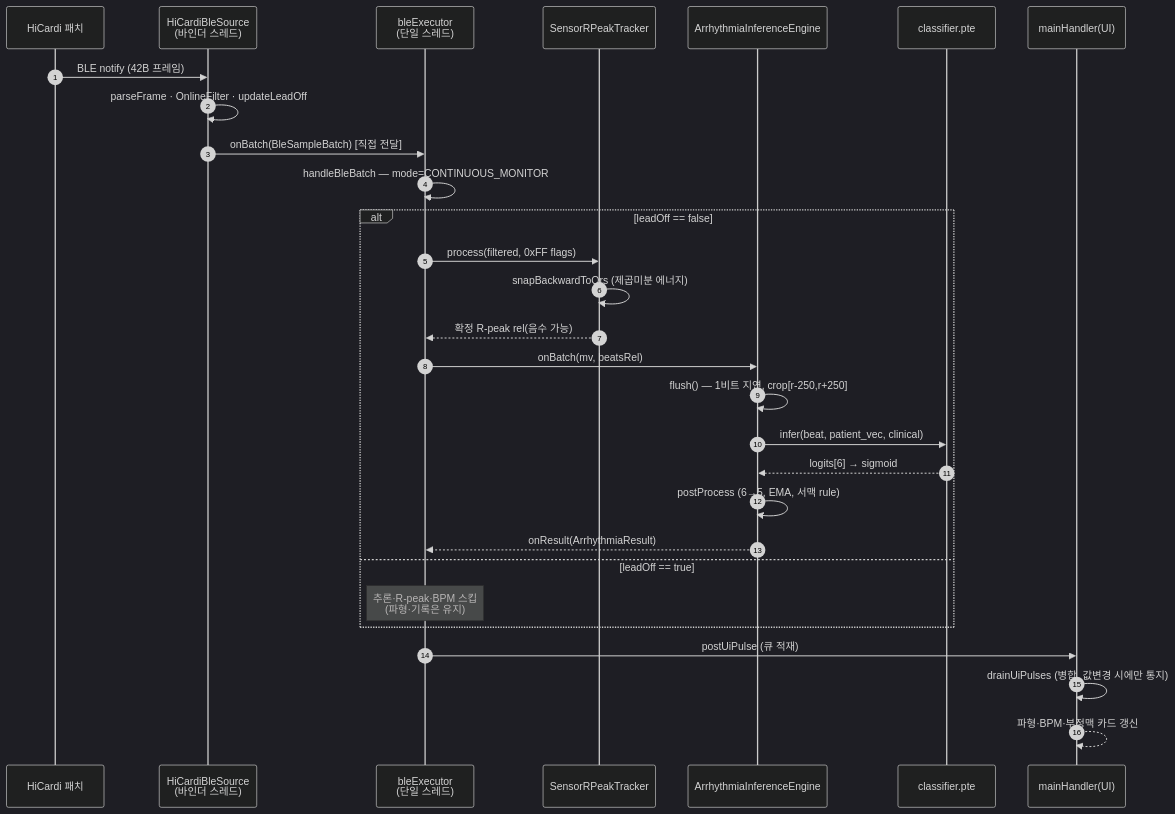
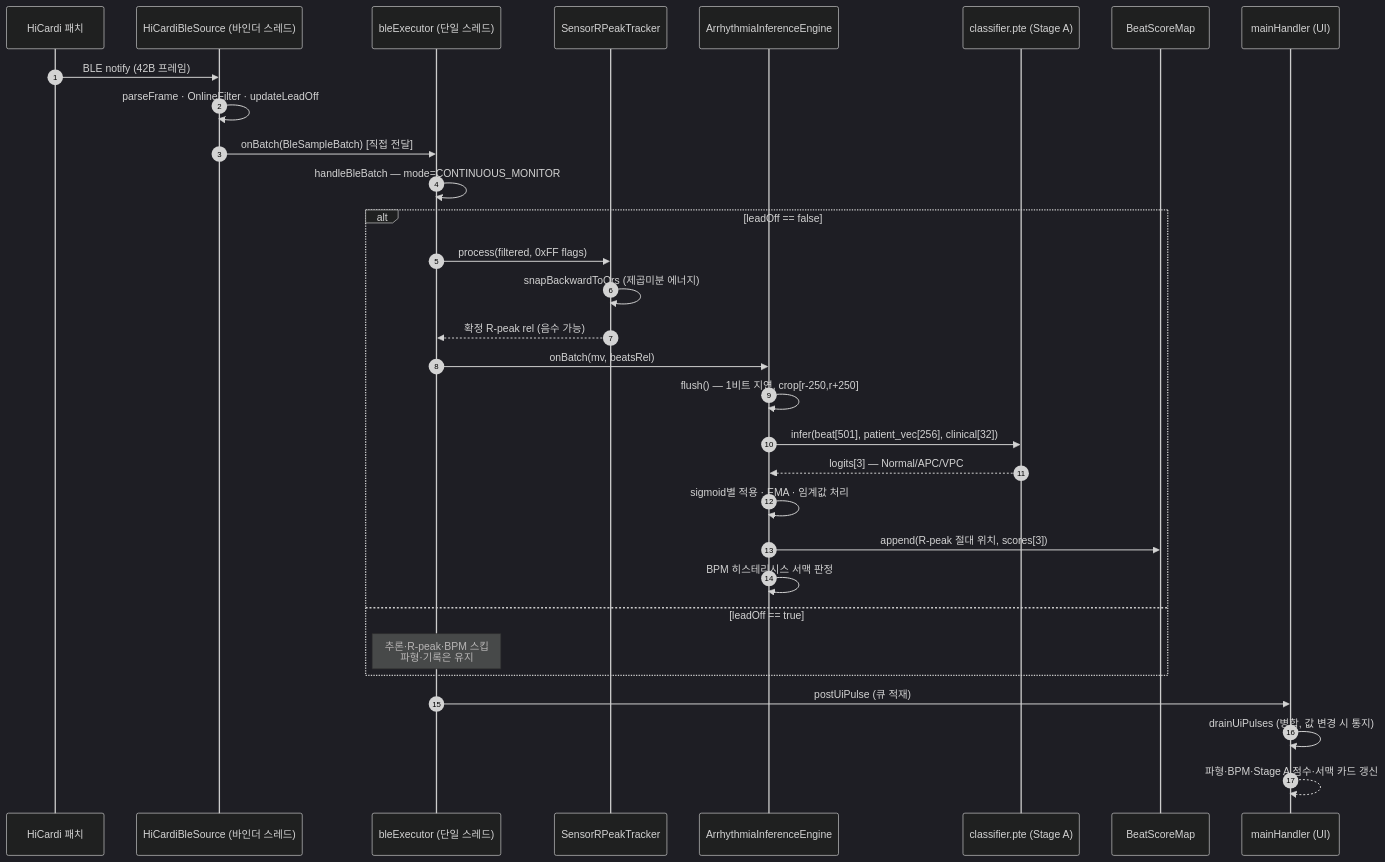
One commit to h4xryu/ECG-Realtime-monitor changed the sixth of 12 diagrams in docs/DESIGN_SPEC.md. Above: the diagram before and after it, drawn with Mermaid (dark theme). The commit also changed other lines of this file, not shown here.

````diff
--- a/docs/DESIGN_SPEC.md
+++ b/docs/DESIGN_SPEC.md
@@ -325,32 +517,34 @@
 ```mermaid
 sequenceDiagram
   autonumber
   participant S as HiCardi 패치
-  participant BLE as HiCardiBleSource<br/>(바인더 스레드)
-  participant EX as bleExecutor<br/>(단일 스레드)
+  participant BLE as HiCardiBleSource (바인더 스레드)
+  participant EX as bleExecutor (단일 스레드)
   participant RPT as SensorRPeakTracker
   participant AIE as ArrhythmiaInferenceEngine
-  participant CLS as classifier.pte
-  participant M as mainHandler(UI)
+  participant CLS as classifier.pte (Stage A)
+  participant BSM as BeatScoreMap
+  participant M as mainHandler (UI)
 
   S->>BLE: BLE notify (42B 프레임)
   BLE->>BLE: parseFrame · OnlineFilter · updateLeadOff
   BLE->>EX: onBatch(BleSampleBatch) [직접 전달]
   EX->>EX: handleBleBatch — mode=CONTINUOUS_MONITOR
   alt leadOff == false
     EX->>RPT: process(filtered, 0xFF flags)
     RPT->>RPT: snapBackwardToQrs (제곱미분 에너지)
-    RPT-->>EX: 확정 R-peak rel(음수 가능)
+    RPT-->>EX: 확정 R-peak rel (음수 가능)
     EX->>AIE: onBatch(mv, beatsRel)
     AIE->>AIE: flush() — 1비트 지연, crop[r-250,r+250]
-    AIE->>CLS: infer(beat, patient_vec, clinical)
-    CLS-->>AIE: logits[6] → sigmoid
-    AIE->>AIE: postProcess (6→5, EMA, 서맥 rule)
-    AIE-->>EX: onResult(ArrhythmiaResult)
+    AIE->>CLS: infer(beat[501], patient_vec[256], clinical[32])
+    CLS-->>AIE: logits[3] — Normal/APC/VPC
+    AIE->>AIE: sigmoid별 적용 · EMA · 임계값 처리
+    AIE->>BSM: append(R-peak 절대 위치, scores[3])
+    AIE->>AIE: BPM 히스테리시스 서맥 판정
   else leadOff == true
-    Note over EX: 추론·R-peak·BPM 스킵<br/>(파형·기록은 유지)
+    Note over EX: 추론·R-peak·BPM 스킵<br/>파형·기록은 유지
   end
   EX->>M: postUiPulse (큐 적재)
-  M->>M: drainUiPulses (병합, 값변경 시에만 통지)
-  M-->>M: 파형·BPM·부정맥 카드 갱신
+  M->>M: drainUiPulses (병합, 값 변경 시 통지)
+  M-->>M: 파형·BPM·Stage A 점수·서맥 카드 갱신
 ```
````
